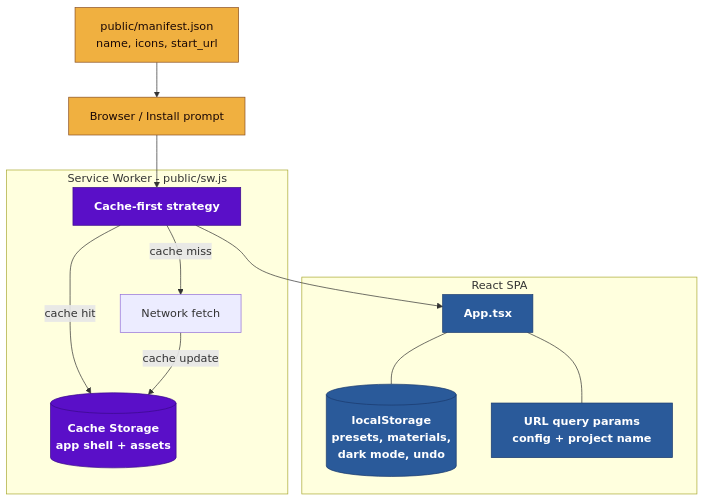
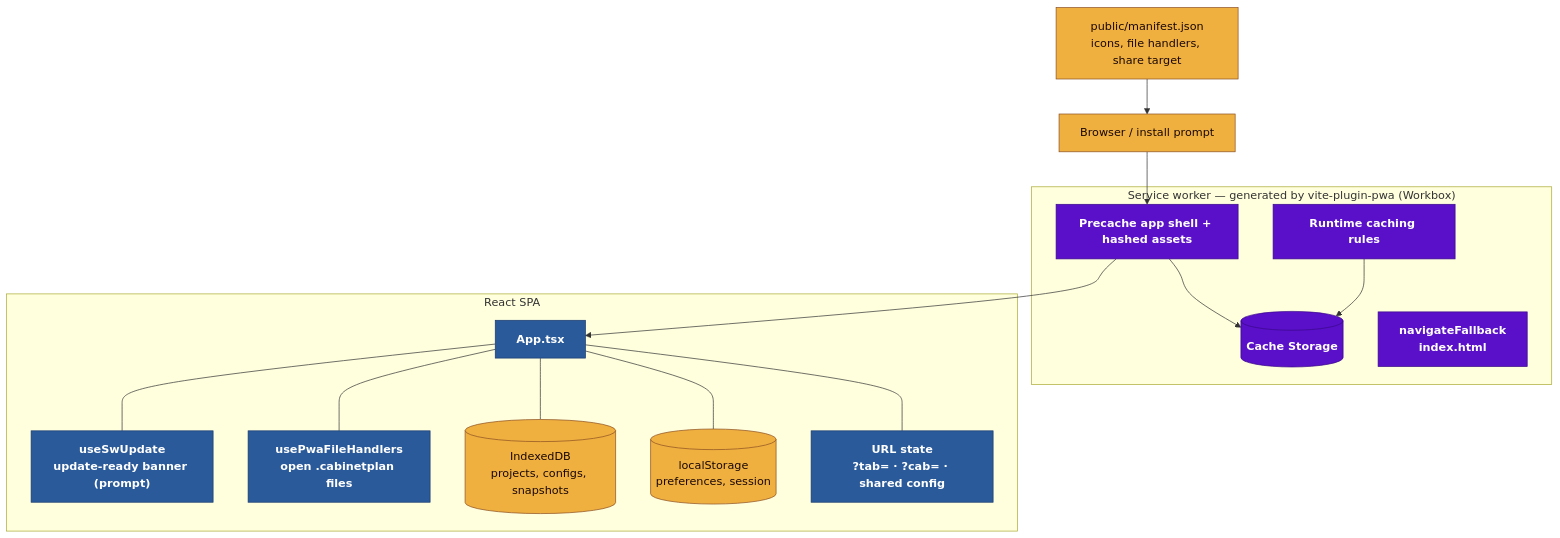
The seventh of 9 diagrams in docs/ARCHITECTURE.md (RajwanYair/WoodworkingShop), drawn with Mermaid before and after one commit. The commit also changed other lines of this file and 159 other files, not shown here.

Commit message:
feat: advance v5.35.0 roadmap work

````diff
--- a/docs/ARCHITECTURE.md
+++ b/docs/ARCHITECTURE.md
@@ -392,31 +375,38 @@
 ```mermaid
 graph TD
-  browser["Browser / Install prompt"]
+  browser["Browser / install prompt"]
 
-  subgraph SW [Service Worker - public/sw.js]
-    sw["Cache-first strategy"]
-    cache[("Cache Storage\napp shell + assets")]
-    sw -- "cache miss" --> network["Network fetch"]
-    sw -- "cache hit" --> cache
-    network -- "cache update" --> cache
+  subgraph SW ["Service worker — generated by vite-plugin-pwa (Workbox)"]
+    sw["Precache app shell + hashed assets"]
+    cache[("Cache Storage")]
+    runtime["Runtime caching rules"]
+    sw --> cache
+    runtime --> cache
+    fallback["navigateFallback<br/>index.html"]
   end
 
-  subgraph App [React SPA]
+  subgraph App ["React SPA"]
     app["App.tsx"]
-    ls[("localStorage\npresets, materials,\ndark mode, undo")]
-    urlp["URL query params\nconfig + project name"]
+    update["useSwUpdate<br/>update-ready banner (prompt)"]
+    files["usePwaFileHandlers<br/>open .cabinetplan files"]
+    idb[("IndexedDB<br/>projects, configs, snapshots")]
+    ls[("localStorage<br/>preferences, session")]
+    urlp["URL state<br/>?tab= · ?cab= · shared config"]
+    app --- update
+    app --- files
+    app --- idb
     app --- ls
     app --- urlp
   end
 
   browser --> sw
   sw --> app
-  manifest["public/manifest.json\nname, icons, start_url"] --> browser
+  manifest["public/manifest.json<br/>icons, file handlers, share target"] --> browser
 
   classDef sw fill:#5a0fc8,stroke:#3a0a8a,color:#fff,font-weight:bold
   classDef app fill:#2a5a9a,stroke:#1a3a6e,color:#fff,font-weight:bold
   classDef storage fill:#f0b040,stroke:#8b5022,color:#1a0806
-  class sw,cache sw
-  class app,ls,urlp app
-  class manifest,browser storage
+  class sw,cache,runtime,fallback sw
+  class app,update,files,urlp app
+  class manifest,browser,idb,ls storage
 ```
````
